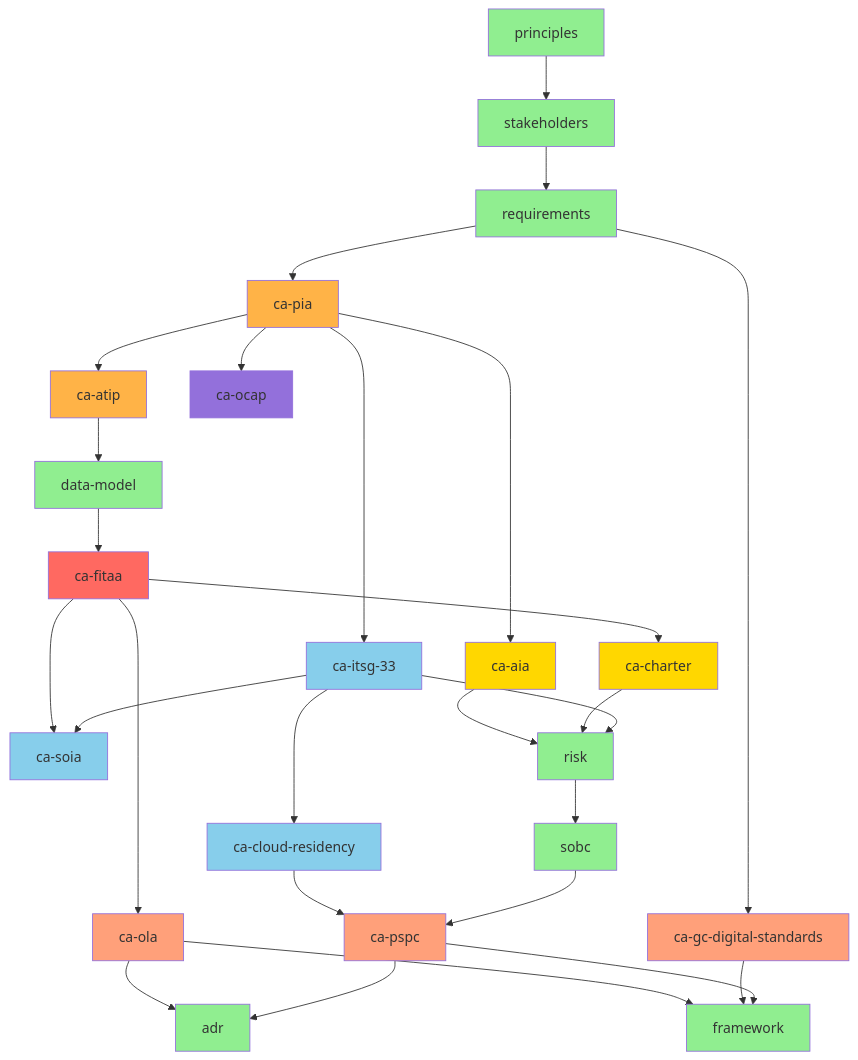
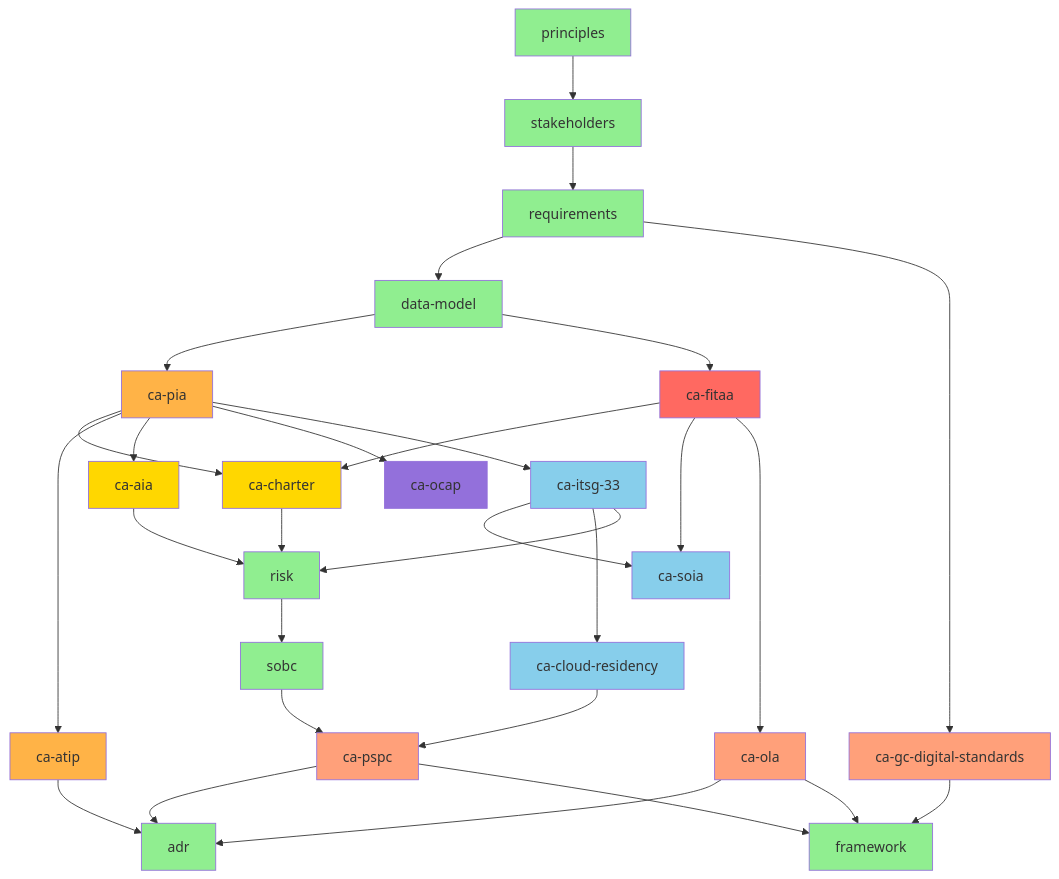
One commit to tractorjuice/arc-kit changed the seventh of 14 diagrams in docs/WORKFLOW-DIAGRAMS.md. Above: the diagram before and after it, drawn with Mermaid. The commit also changed other lines of this file and 114 other files, not shown here.

````diff
--- a/docs/WORKFLOW-DIAGRAMS.md
+++ b/docs/WORKFLOW-DIAGRAMS.md
@@ -913,71 +913,73 @@
 ```mermaid
 graph TD
     principles[principles]
     stakeholders[stakeholders]
     requirements[requirements]
     ca_charter[ca-charter]
     ca_pia[ca-pia]
     ca_fitaa[ca-fitaa]
     ca_atip[ca-atip]
     ca_aia[ca-aia]
     ca_ocap[ca-ocap]
     ca_itsg_33[ca-itsg-33]
     ca_soia[ca-soia]
     ca_cloud_residency[ca-cloud-residency]
     ca_ola[ca-ola]
     ca_gc_digital_standards[ca-gc-digital-standards]
     ca_pspc[ca-pspc]
     data_model[data-model]
     adr[adr]
     sobc[sobc]
     risk[risk]
     framework[framework]
 
     principles --> stakeholders
     stakeholders --> requirements
-    requirements --> ca_pia
+    requirements --> data_model
+    data_model --> ca_pia
+    data_model --> ca_fitaa
+    ca_pia --> ca_charter
     ca_fitaa --> ca_charter
-    ca_atip --> data_model
-    data_model --> ca_fitaa
+    ca_atip --> adr
     ca_aia --> risk
     ca_pia --> ca_atip
     ca_pia --> ca_aia
     ca_pia --> ca_ocap
     ca_pia --> ca_itsg_33
     ca_fitaa --> ca_soia
     ca_itsg_33 --> ca_soia
     ca_itsg_33 --> ca_cloud_residency
     ca_fitaa --> ca_ola
     requirements --> ca_gc_digital_standards
     ca_cloud_residency --> ca_pspc
     ca_ola --> adr
     ca_pspc --> adr
     sobc --> ca_pspc
     risk --> sobc
     ca_charter --> risk
     ca_itsg_33 --> risk
     ca_ola --> framework
     ca_gc_digital_standards --> framework
     ca_pspc --> framework
 
     style principles fill:#90EE90
     style stakeholders fill:#90EE90
     style requirements fill:#90EE90
     style ca_charter fill:#FFD700
     style ca_pia fill:#FFB347
     style ca_fitaa fill:#FF6961
     style ca_atip fill:#FFB347
     style ca_aia fill:#FFD700
     style ca_ocap fill:#9370DB
     style ca_itsg_33 fill:#87CEEB
     style ca_soia fill:#87CEEB
     style ca_cloud_residency fill:#87CEEB
     style ca_ola fill:#FFA07A
     style ca_gc_digital_standards fill:#FFA07A
     style ca_pspc fill:#FFA07A
     style data_model fill:#90EE90
     style adr fill:#90EE90
     style sobc fill:#90EE90
     style risk fill:#90EE90
     style framework fill:#90EE90
 ```
````
